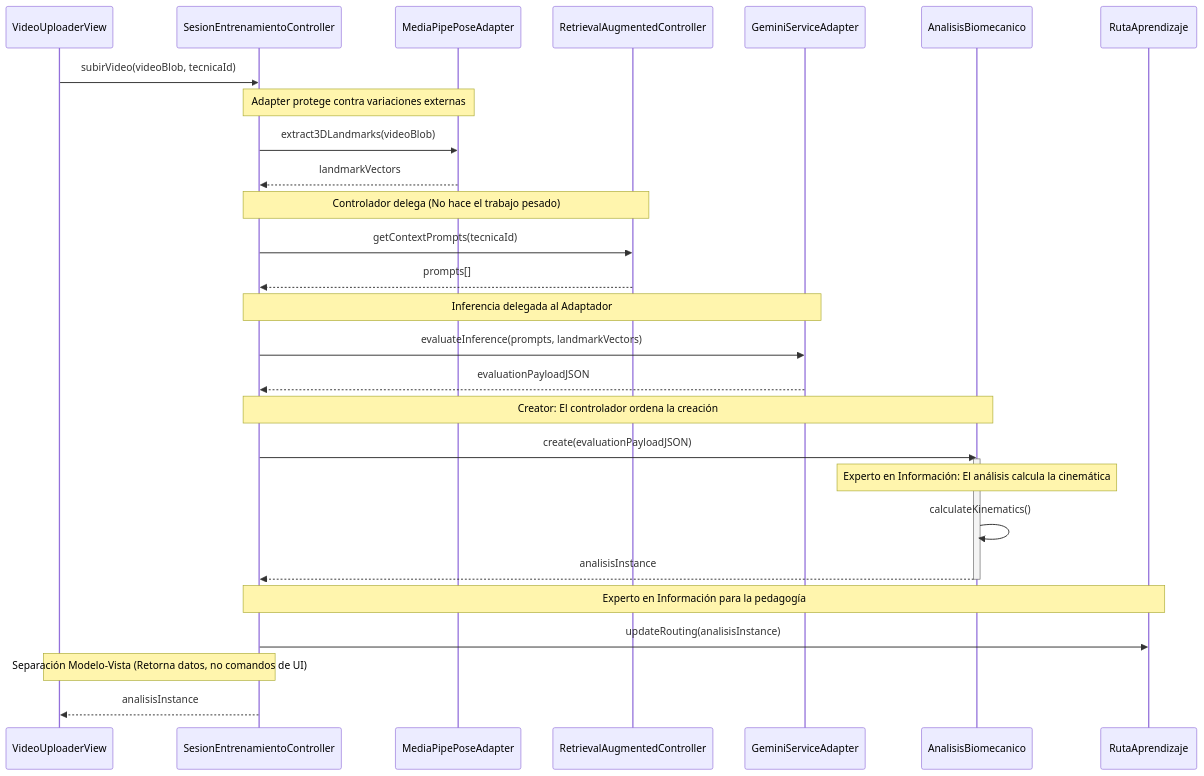
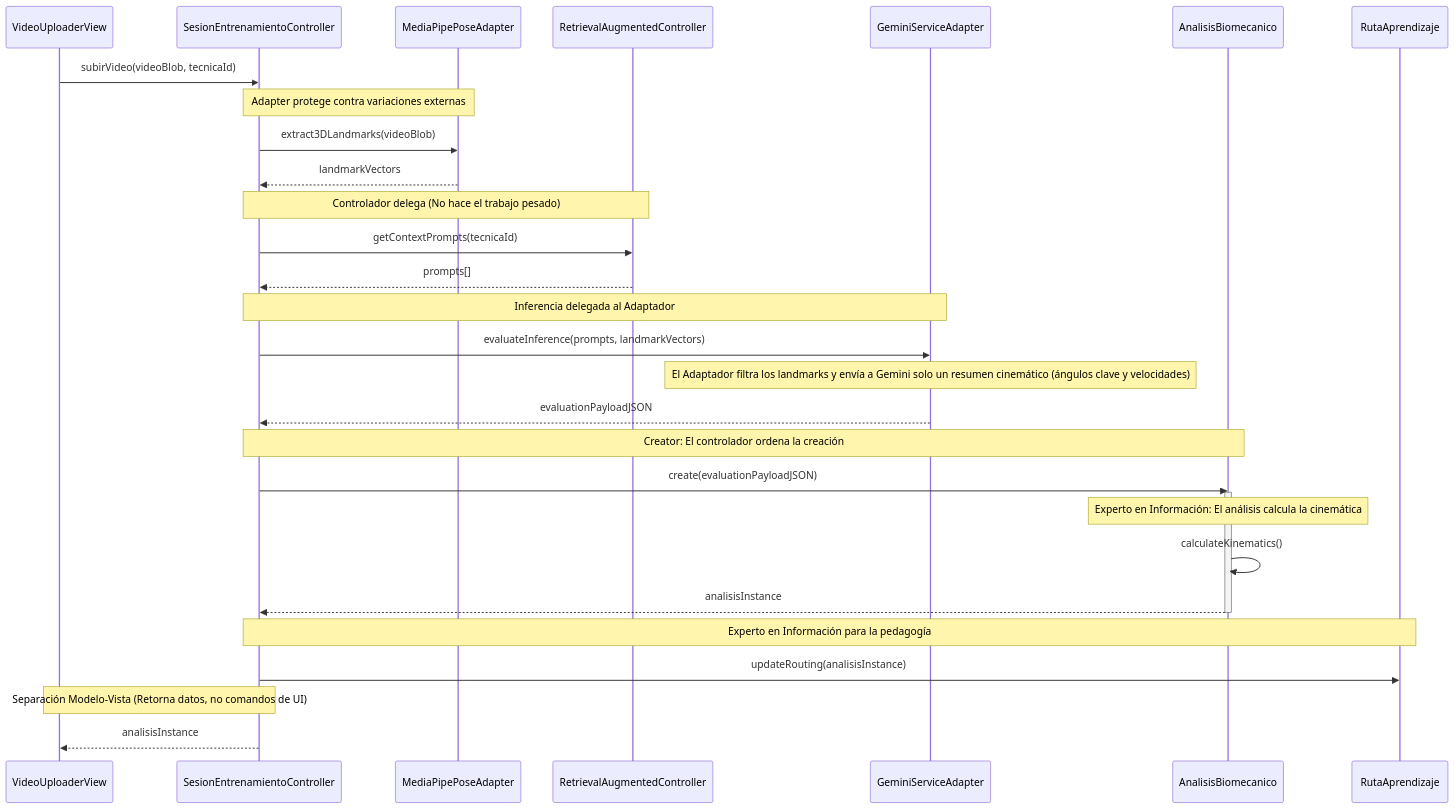
Before and after one commit to Tsmrain/Documentacion: the third of 4 diagrams in README.md, drawn with Mermaid. The commit also changed other lines of this file, not shown here.

````diff
--- a/README.md
+++ b/README.md
@@ -784,39 +822,40 @@
 ```mermaid
 sequenceDiagram
     participant UI as VideoUploaderView
     participant Ctrl as SesionEntrenamientoController
     participant MP as MediaPipePoseAdapter
     participant RAG as RetrievalAugmentedController
     participant LLM as GeminiServiceAdapter
     participant Eval as AnalisisBiomecanico
     participant Ruta as RutaAprendizaje
 
     UI->>Ctrl: subirVideo(videoBlob, tecnicaId)
     
     Note over Ctrl,MP: Adapter protege contra variaciones externas
     Ctrl->>MP: extract3DLandmarks(videoBlob)
     MP-->>Ctrl: landmarkVectors
     
     Note over Ctrl,RAG: Controlador delega (No hace el trabajo pesado)
     Ctrl->>RAG: getContextPrompts(tecnicaId)
     RAG-->>Ctrl: prompts[]
     
     Note over Ctrl,LLM: Inferencia delegada al Adaptador
     Ctrl->>LLM: evaluateInference(prompts, landmarkVectors)
+    Note over LLM,LLM: El Adaptador filtra los landmarks y envía a Gemini solo un resumen cinemático (ángulos clave y velocidades)
     LLM-->>Ctrl: evaluationPayloadJSON
     
     Note over Ctrl,Eval: Creator: El controlador ordena la creación
     Ctrl->>Eval: create(evaluationPayloadJSON)
     activate Eval
     
     Note over Eval,Eval: Experto en Información: El análisis calcula la cinemática
     Eval->>Eval: calculateKinematics()
     Eval-->>Ctrl: analisisInstance
     deactivate Eval
     
     Note over Ctrl,Ruta: Experto en Información para la pedagogía
     Ctrl->>Ruta: updateRouting(analisisInstance)
     
     Note over Ctrl,UI: Separación Modelo-Vista (Retorna datos, no comandos de UI)
     Ctrl-->>UI: analisisInstance
 ```
````
